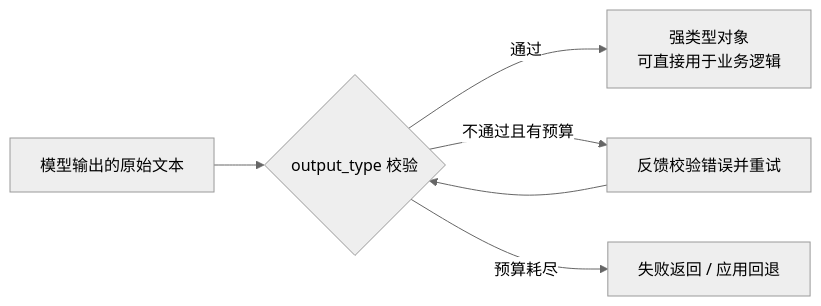
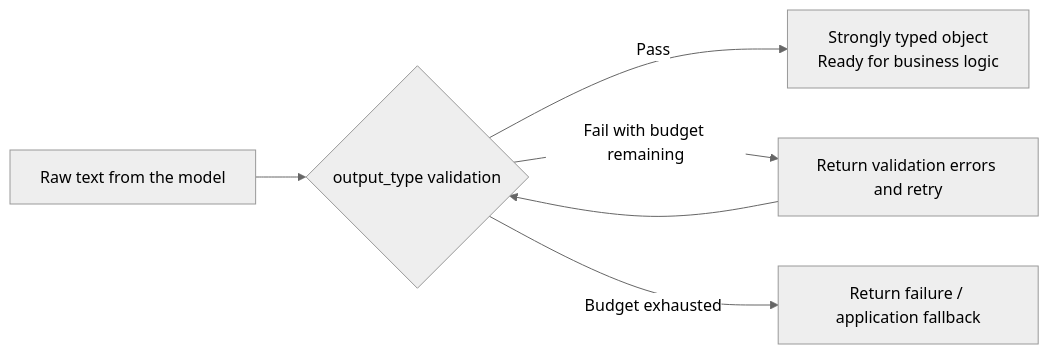
One commit to oneleaveknowsthefall/awesome-ai-roadmap changed the diagram in docs/frameworks/05-lightweight-agent-frameworks/21-pydanticai-and-decision-matrix.md. Above: the diagram before and after it, drawn with Mermaid (neutral theme). The commit also changed other lines of this file and 70 other files, not shown here.

````diff
--- a/docs/frameworks/05-lightweight-agent-frameworks/21-pydanticai-and-decision-matrix.md
+++ b/docs/frameworks/05-lightweight-agent-frameworks/21-pydanticai-and-decision-matrix.md
@@ -60,8 +60,8 @@
 ```mermaid
 flowchart LR
-    A["模型输出的原始文本"] --> B{"output_type 校验"}
-    B -->|"通过"| C["强类型对象<br/>可直接用于业务逻辑"]
-    B -->|"不通过且有预算"| D["反馈校验错误并重试"]
+    A["Raw text from the model"] --> B{"output_type validation"}
+    B -->|"Pass"| C["Strongly typed object<br/>Ready for business logic"]
+    B -->|"Fail with budget remaining"| D["Return validation errors and retry"]
     D --> B
-    B -->|"预算耗尽"| E["失败返回 / 应用回退"]
+    B -->|"Budget exhausted"| E["Return failure / application fallback"]
 ```
````
